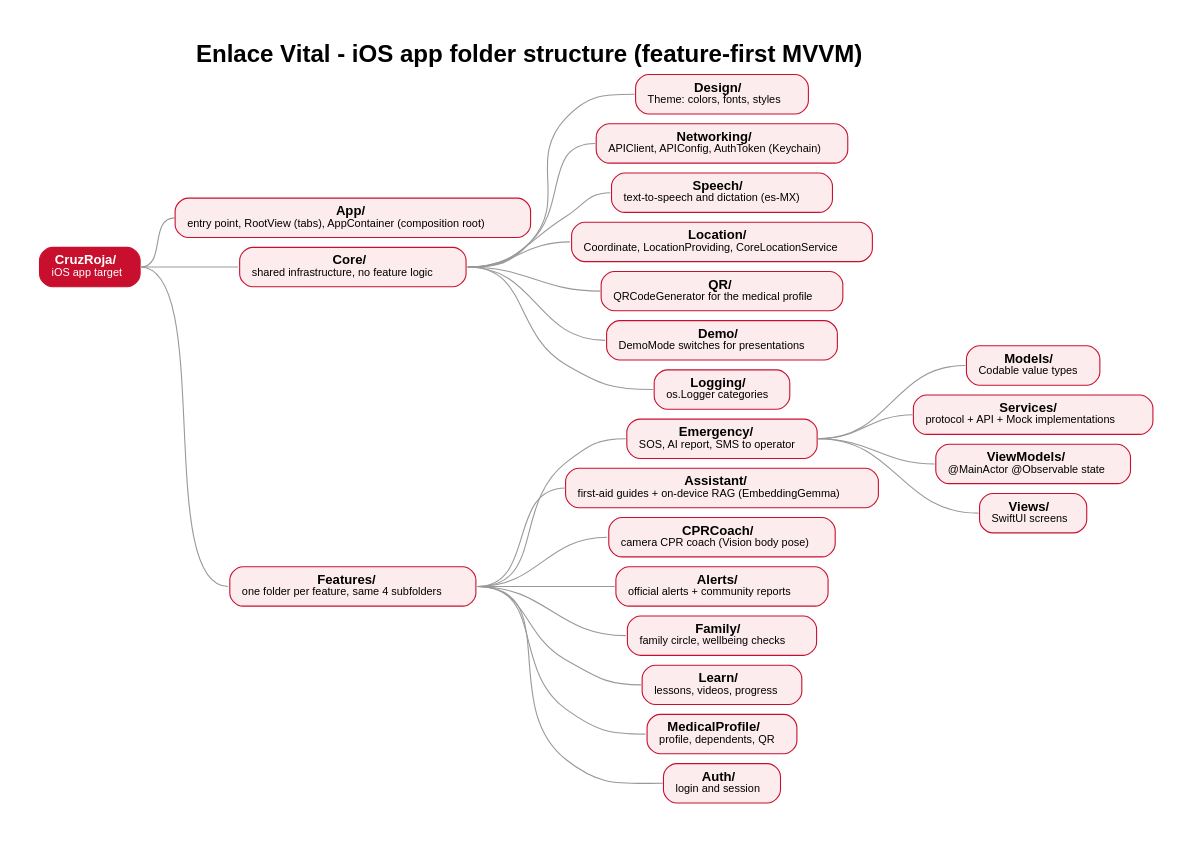
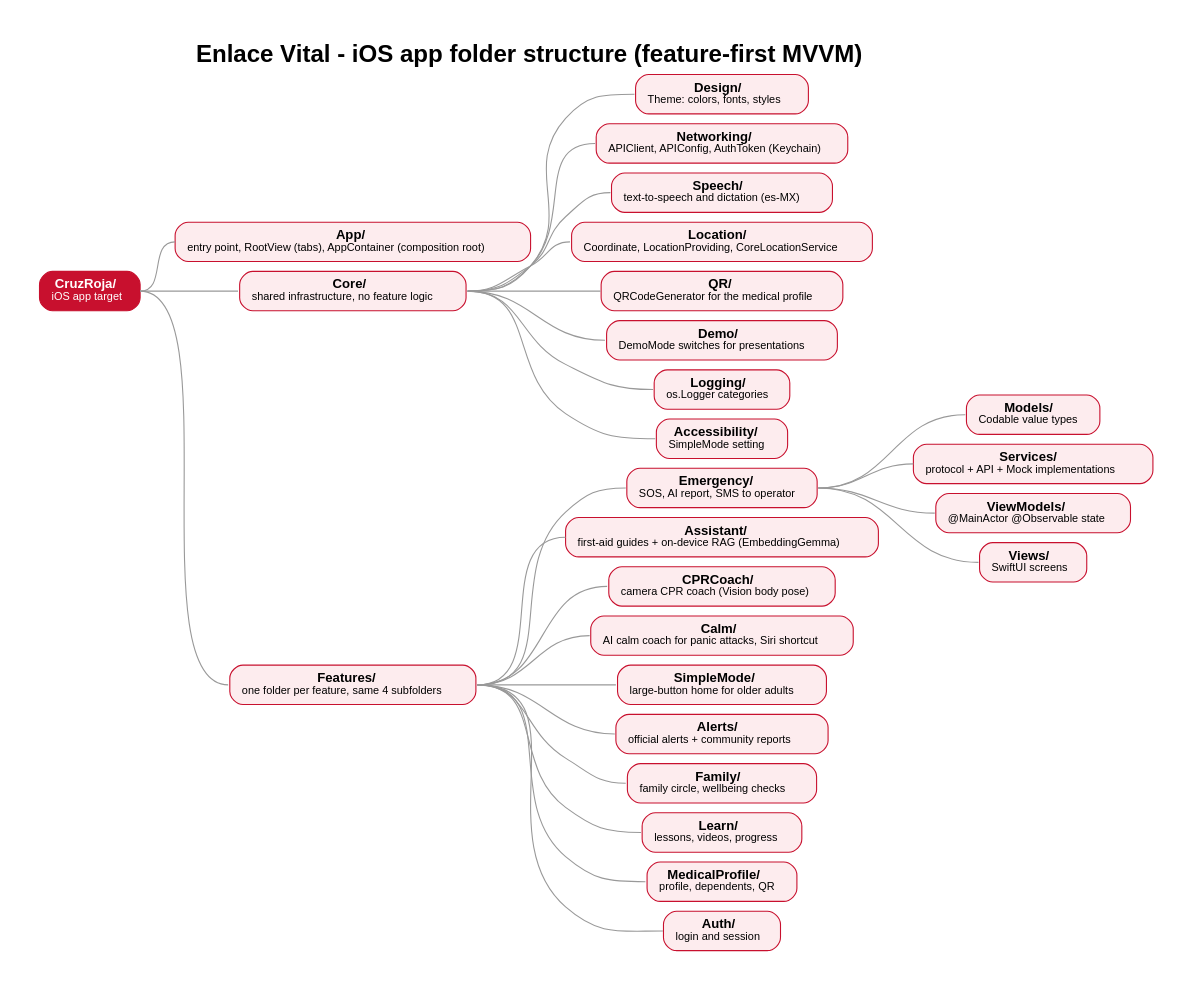
One commit to Fernando94654/Cruz-Roja-App changed the diagram in docs/architecture/src/05-folders-ios.dot. Above: the diagram before and after it, drawn with Graphviz. The commit also changed 6 other files, not shown here.

Commit message:
Add Calm, simple mode and App Intents to architecture diagrams

```diff
--- a/docs/architecture/src/05-folders-ios.dot
+++ b/docs/architecture/src/05-folders-ios.dot
@@ -1,51 +1,57 @@
 // Generated by gen_folders.py
 digraph folders {
   graph [rankdir=LR, fontname="Helvetica", nodesep=0.12, ranksep=0.45, pad=0.4, label=<<b>Enlace Vital - iOS app folder structure (feature-first MVVM)</b>>, labelloc=t, fontsize=22];
   node [shape=box, style="rounded,filled", fontname="Helvetica", fontsize=12, margin="0.15,0.06"];
   edge [color="#999999", arrowhead=none, tailport=e, headport=w];
   n1 [label=<<b>CruzRoja/</b><br/><font point-size="10">iOS app target</font>>, fillcolor="#C8102E", fontcolor="white", color="#C8102E"];
   n2 [label=<<b>App/</b><br/><font point-size="10">entry point, RootView (tabs), AppContainer (composition root)</font>>, fillcolor="#FDECEE", fontcolor="black", color="#C8102E"];
   n1 -> n2;
   n3 [label=<<b>Core/</b><br/><font point-size="10">shared infrastructure, no feature logic</font>>, fillcolor="#FDECEE", fontcolor="black", color="#C8102E"];
   n1 -> n3;
   n4 [label=<<b>Design/</b><br/><font point-size="10">Theme: colors, fonts, styles</font>>, fillcolor="#FDECEE", fontcolor="black", color="#C8102E"];
   n3 -> n4;
   n5 [label=<<b>Networking/</b><br/><font point-size="10">APIClient, APIConfig, AuthToken (Keychain)</font>>, fillcolor="#FDECEE", fontcolor="black", color="#C8102E"];
   n3 -> n5;
   n6 [label=<<b>Speech/</b><br/><font point-size="10">text-to-speech and dictation (es-MX)</font>>, fillcolor="#FDECEE", fontcolor="black", color="#C8102E"];
   n3 -> n6;
   n7 [label=<<b>Location/</b><br/><font point-size="10">Coordinate, LocationProviding, CoreLocationService</font>>, fillcolor="#FDECEE", fontcolor="black", color="#C8102E"];
   n3 -> n7;
   n8 [label=<<b>QR/</b><br/><font point-size="10">QRCodeGenerator for the medical profile</font>>, fillcolor="#FDECEE", fontcolor="black", color="#C8102E"];
   n3 -> n8;
   n9 [label=<<b>Demo/</b><br/><font point-size="10">DemoMode switches for presentations</font>>, fillcolor="#FDECEE", fontcolor="black", color="#C8102E"];
   n3 -> n9;
   n10 [label=<<b>Logging/</b><br/><font point-size="10">os.Logger categories</font>>, fillcolor="#FDECEE", fontcolor="black", color="#C8102E"];
   n3 -> n10;
-  n11 [label=<<b>Features/</b><br/><font point-size="10">one folder per feature, same 4 subfolders</font>>, fillcolor="#FDECEE", fontcolor="black", color="#C8102E"];
-  n1 -> n11;
-  n12 [label=<<b>Emergency/</b><br/><font point-size="10">SOS, AI report, SMS to operator</font>>, fillcolor="#FDECEE", fontcolor="black", color="#C8102E"];
-  n11 -> n12;
-  n13 [label=<<b>Models/</b><br/><font point-size="10">Codable value types</font>>, fillcolor="#FDECEE", fontcolor="black", color="#C8102E"];
+  n11 [label=<<b>Accessibility/</b><br/><font point-size="10">SimpleMode setting</font>>, fillcolor="#FDECEE", fontcolor="black", color="#C8102E"];
+  n3 -> n11;
+  n12 [label=<<b>Features/</b><br/><font point-size="10">one folder per feature, same 4 subfolders</font>>, fillcolor="#FDECEE", fontcolor="black", color="#C8102E"];
+  n1 -> n12;
+  n13 [label=<<b>Emergency/</b><br/><font point-size="10">SOS, AI report, SMS to operator</font>>, fillcolor="#FDECEE", fontcolor="black", color="#C8102E"];
   n12 -> n13;
-  n14 [label=<<b>Services/</b><br/><font point-size="10">protocol + API + Mock implementations</font>>, fillcolor="#FDECEE", fontcolor="black", color="#C8102E"];
-  n12 -> n14;
-  n15 [label=<<b>ViewModels/</b><br/><font point-size="10">@MainActor @Observable state</font>>, fillcolor="#FDECEE", fontcolor="black", color="#C8102E"];
-  n12 -> n15;
-  n16 [label=<<b>Views/</b><br/><font point-size="10">SwiftUI screens</font>>, fillcolor="#FDECEE", fontcolor="black", color="#C8102E"];
-  n12 -> n16;
-  n17 [label=<<b>Assistant/</b><br/><font point-size="10">first-aid guides + on-device RAG (EmbeddingGemma)</font>>, fillcolor="#FDECEE", fontcolor="black", color="#C8102E"];
-  n11 -> n17;
-  n18 [label=<<b>CPRCoach/</b><br/><font point-size="10">camera CPR coach (Vision body pose)</font>>, fillcolor="#FDECEE", fontcolor="black", color="#C8102E"];
-  n11 -> n18;
-  n19 [label=<<b>Alerts/</b><br/><font point-size="10">official alerts + community reports</font>>, fillcolor="#FDECEE", fontcolor="black", color="#C8102E"];
-  n11 -> n19;
-  n20 [label=<<b>Family/</b><br/><font point-size="10">family circle, wellbeing checks</font>>, fillcolor="#FDECEE", fontcolor="black", color="#C8102E"];
-  n11 -> n20;
-  n21 [label=<<b>Learn/</b><br/><font point-size="10">lessons, videos, progress</font>>, fillcolor="#FDECEE", fontcolor="black", color="#C8102E"];
-  n11 -> n21;
-  n22 [label=<<b>MedicalProfile/</b><br/><font point-size="10">profile, dependents, QR</font>>, fillcolor="#FDECEE", fontcolor="black", color="#C8102E"];
-  n11 -> n22;
-  n23 [label=<<b>Auth/</b><br/><font point-size="10">login and session</font>>, fillcolor="#FDECEE", fontcolor="black", color="#C8102E"];
-  n11 -> n23;
+  n14 [label=<<b>Models/</b><br/><font point-size="10">Codable value types</font>>, fillcolor="#FDECEE", fontcolor="black", color="#C8102E"];
+  n13 -> n14;
+  n15 [label=<<b>Services/</b><br/><font point-size="10">protocol + API + Mock implementations</font>>, fillcolor="#FDECEE", fontcolor="black", color="#C8102E"];
+  n13 -> n15;
+  n16 [label=<<b>ViewModels/</b><br/><font point-size="10">@MainActor @Observable state</font>>, fillcolor="#FDECEE", fontcolor="black", color="#C8102E"];
+  n13 -> n16;
+  n17 [label=<<b>Views/</b><br/><font point-size="10">SwiftUI screens</font>>, fillcolor="#FDECEE", fontcolor="black", color="#C8102E"];
+  n13 -> n17;
+  n18 [label=<<b>Assistant/</b><br/><font point-size="10">first-aid guides + on-device RAG (EmbeddingGemma)</font>>, fillcolor="#FDECEE", fontcolor="black", color="#C8102E"];
+  n12 -> n18;
+  n19 [label=<<b>CPRCoach/</b><br/><font point-size="10">camera CPR coach (Vision body pose)</font>>, fillcolor="#FDECEE", fontcolor="black", color="#C8102E"];
+  n12 -> n19;
+  n20 [label=<<b>Calm/</b><br/><font point-size="10">AI calm coach for panic attacks, Siri shortcut</font>>, fillcolor="#FDECEE", fontcolor="black", color="#C8102E"];
+  n12 -> n20;
+  n21 [label=<<b>SimpleMode/</b><br/><font point-size="10">large-button home for older adults</font>>, fillcolor="#FDECEE", fontcolor="black", color="#C8102E"];
+  n12 -> n21;
+  n22 [label=<<b>Alerts/</b><br/><font point-size="10">official alerts + community reports</font>>, fillcolor="#FDECEE", fontcolor="black", color="#C8102E"];
+  n12 -> n22;
+  n23 [label=<<b>Family/</b><br/><font point-size="10">family circle, wellbeing checks</font>>, fillcolor="#FDECEE", fontcolor="black", color="#C8102E"];
+  n12 -> n23;
+  n24 [label=<<b>Learn/</b><br/><font point-size="10">lessons, videos, progress</font>>, fillcolor="#FDECEE", fontcolor="black", color="#C8102E"];
+  n12 -> n24;
+  n25 [label=<<b>MedicalProfile/</b><br/><font point-size="10">profile, dependents, QR</font>>, fillcolor="#FDECEE", fontcolor="black", color="#C8102E"];
+  n12 -> n25;
+  n26 [label=<<b>Auth/</b><br/><font point-size="10">login and session</font>>, fillcolor="#FDECEE", fontcolor="black", color="#C8102E"];
+  n12 -> n26;
 }
```
